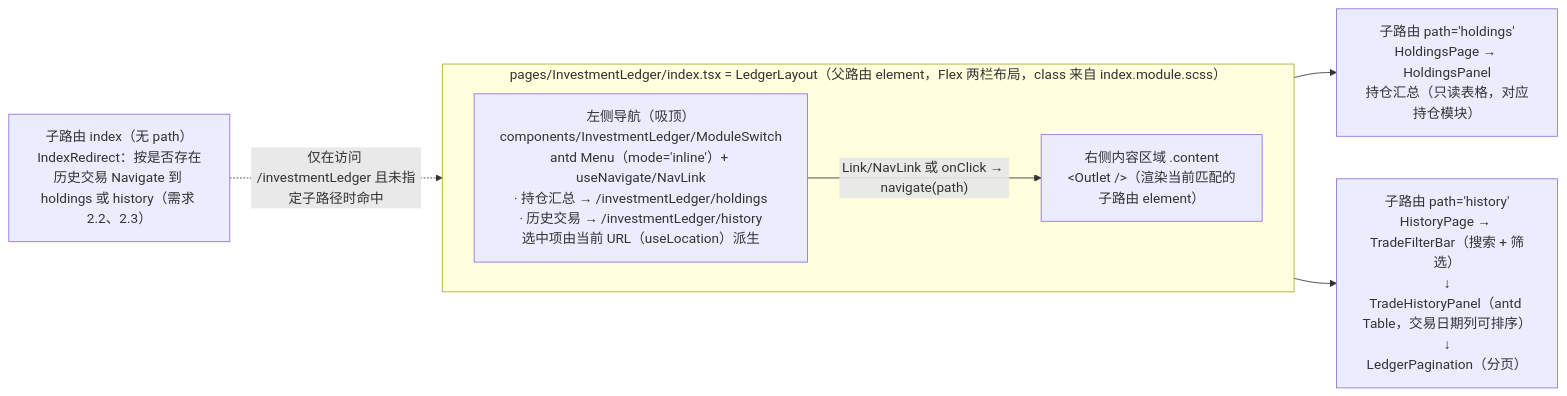
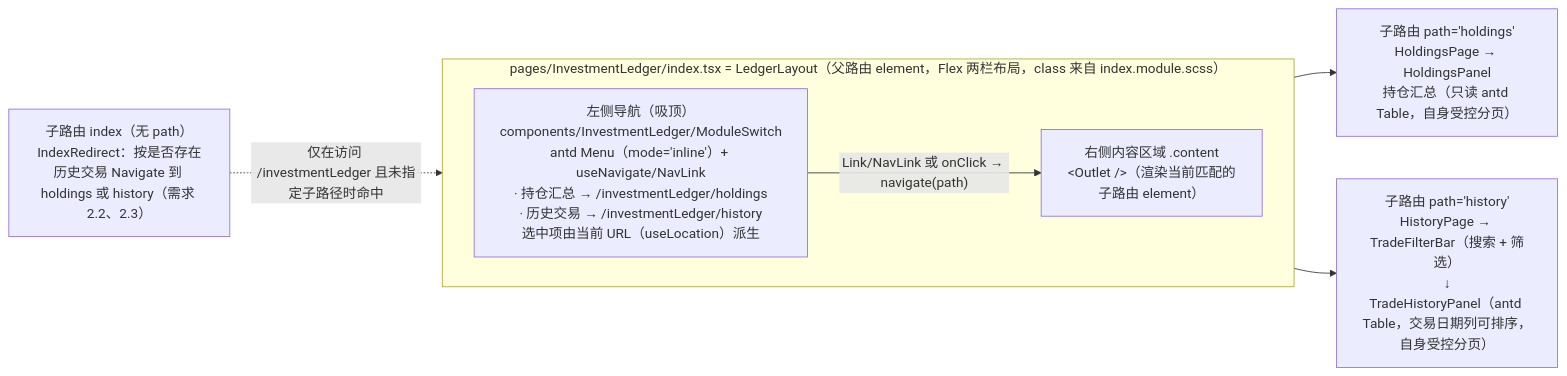
The second of 8 diagrams in .kiro/specs/investment-trade-ledger/design.md (kampfer/various-data), drawn with Mermaid before and after one commit. The commit also changed other lines of this file and 4 other files, not shown here.

First line of the commit message:
refactor(TradeFilterBar): 重构筛选栏布局与交互逻辑

````diff
--- a/.kiro/specs/investment-trade-ledger/design.md
+++ b/.kiro/specs/investment-trade-ledger/design.md
@@ -395,12 +394,12 @@
 ```mermaid
 flowchart LR
   subgraph Layout["pages/InvestmentLedger/index.tsx = LedgerLayout（父路由 element，Flex 两栏布局，class 来自 index.module.scss）"]
     direction LR
     Nav["左侧导航（吸顶）<br/>components/InvestmentLedger/ModuleSwitch<br/>antd Menu（mode='inline'）+ useNavigate/NavLink<br/>· 持仓汇总 → /investmentLedger/holdings<br/>· 历史交易 → /investmentLedger/history<br/>选中项由当前 URL（useLocation）派生"]
     Outlet["右侧内容区域 .content<br/>&lt;Outlet /&gt;（渲染当前匹配的子路由 element）"]
   end
   Nav -- "Link/NavLink 或 onClick → navigate(path)" --> Outlet
-  Outlet --> HoldingsRoute["子路由 path='holdings'<br/>HoldingsPage → HoldingsPanel<br/>持仓汇总（只读表格，对应持仓模块）"]
-  Outlet --> HistoryRoute["子路由 path='history'<br/>HistoryPage → TradeFilterBar（搜索 + 筛选）<br/>↓<br/>TradeHistoryPanel（antd Table，交易日期列可排序）<br/>↓<br/>LedgerPagination（分页）"]
+  Outlet --> HoldingsRoute["子路由 path='holdings'<br/>HoldingsPage → HoldingsPanel<br/>持仓汇总（只读 antd Table，自身受控分页）"]
+  Outlet --> HistoryRoute["子路由 path='history'<br/>HistoryPage → TradeFilterBar（搜索 + 筛选）<br/>↓<br/>TradeHistoryPanel（antd Table，交易日期列可排序，自身受控分页）"]
   IndexRoute["子路由 index（无 path）<br/>IndexRedirect：按是否存在历史交易 Navigate 到 holdings 或 history（需求 2.2、2.3）"] -.->|"仅在访问 /investmentLedger 且未指定子路径时命中"| Outlet
 ```
````
